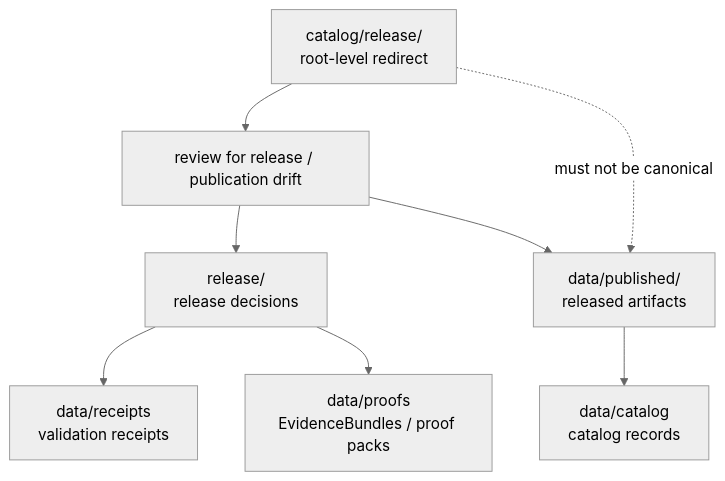
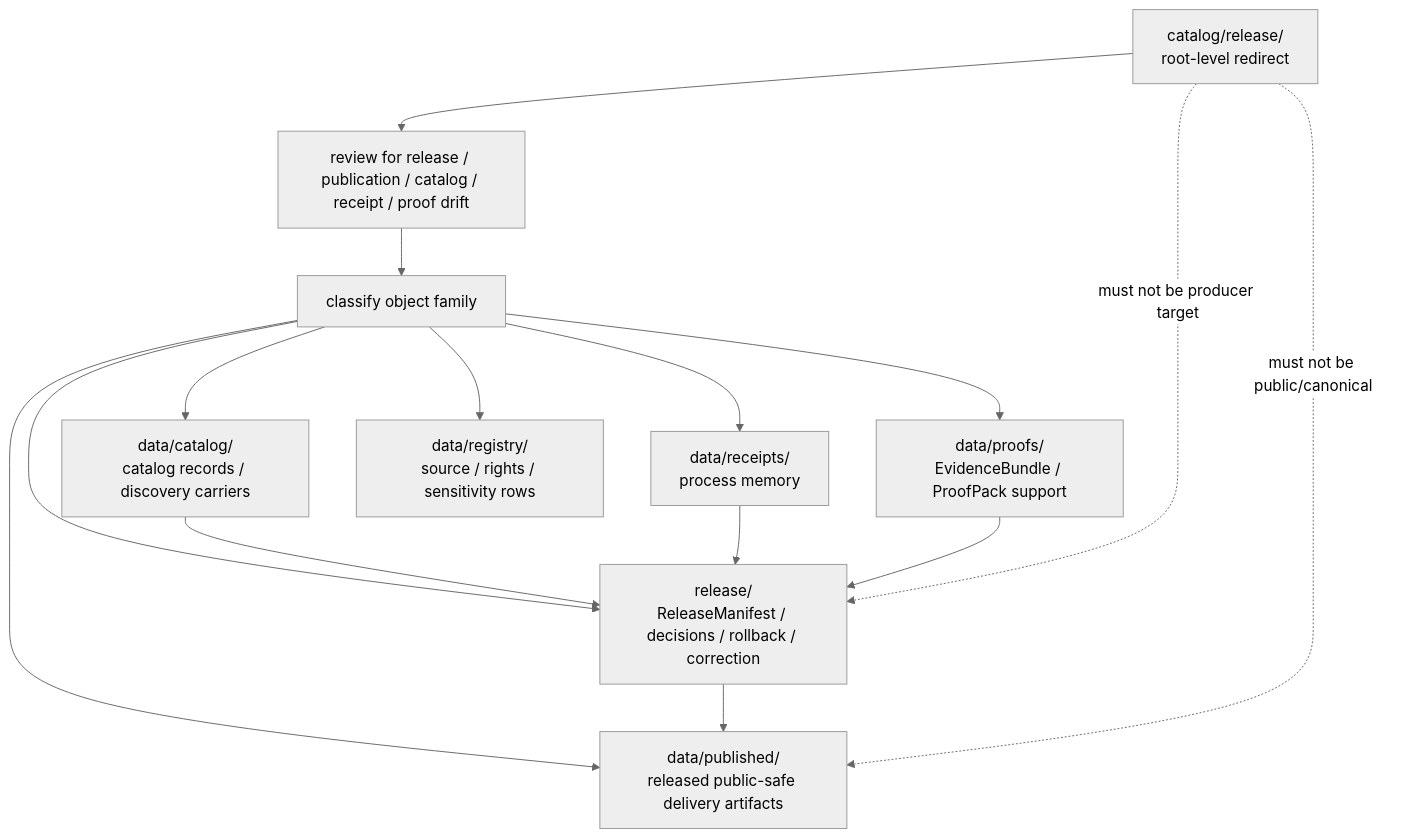
The diagram in catalog/release/README.md (bartytime4life/Kansas-Frontier-Matrix), drawn with Mermaid (neutral theme) before and after one commit. The commit also changed other lines of this file, not shown here.

Commit message:
docs: update catalog release redirect readme

````diff
--- a/catalog/release/README.md
+++ b/catalog/release/README.md
@@ -166,10 +274,17 @@
 ```mermaid
 flowchart TD
-    wrong["catalog/release/\nroot-level redirect"] --> review["review for release / publication drift"]
-    review --> release["release/\nrelease decisions"]
-    review --> published["data/published/\nreleased artifacts"]
-    release --> receipts["data/receipts\nvalidation receipts"]
-    release --> proofs["data/proofs\nEvidenceBundles / proof packs"]
-    published --> catalog["data/catalog\ncatalog records"]
-    wrong -. "must not be canonical" .-> published
+    wrong["catalog/release/\nroot-level redirect"] --> review["review for release / publication / catalog / receipt / proof drift"]
+    review --> classify["classify object family"]
+    classify --> release["release/\nReleaseManifest / decisions / rollback / correction"]
+    classify --> published["data/published/\nreleased public-safe delivery artifacts"]
+    classify --> catalog["data/catalog/\ncatalog records / discovery carriers"]
+    classify --> receipts["data/receipts/\nprocess memory"]
+    classify --> proofs["data/proofs/\nEvidenceBundle / ProofPack support"]
+    classify --> registry["data/registry/\nsource / rights / sensitivity rows"]
+    catalog --> release
+    receipts --> release
+    proofs --> release
+    release --> published
+    wrong -. "must not be public/canonical" .-> published
+    wrong -. "must not be producer target" .-> release
 ```
````
